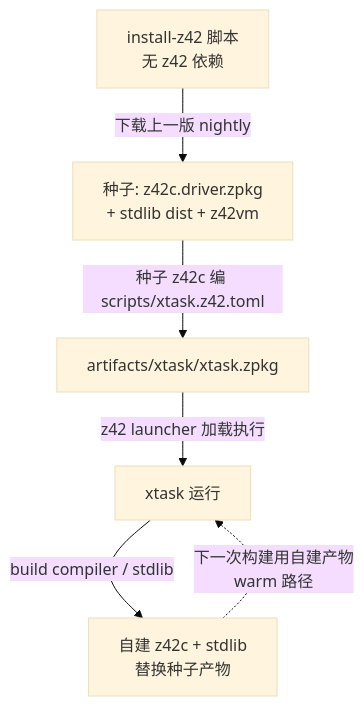
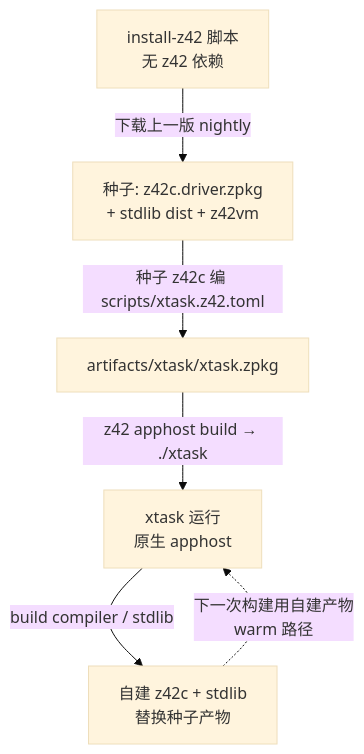
Before and after one commit to z42-lang/z42: the first of 2 diagrams in docs/book/src/dev/xtask.md, drawn with Mermaid (base theme). The commit also changed other lines of this file and 4 other files, not shown here.

First line of the commit message:
docs: xtask 调用形态统一为原生 apphost（xtask <cmd>）

````diff
--- a/docs/book/src/dev/xtask.md
+++ b/docs/book/src/dev/xtask.md
@@ -32,8 +32,8 @@
 ```mermaid
 graph TD
     A[install-z42 脚本<br/>无 z42 依赖] -->|下载上一版 nightly| B[种子: z42c.driver.zpkg<br/>+ stdlib dist + z42vm]
     B -->|种子 z42c 编 scripts/xtask.z42.toml| C[artifacts/xtask/xtask.zpkg]
-    C -->|z42 launcher 加载执行| D[xtask 运行]
+    C -->|z42 apphost build → ./xtask| D[xtask 运行<br/>原生 apphost]
     D -->|build compiler / stdlib| E[自建 z42c + stdlib<br/>替换种子产物]
     E -.->|下一次构建用自建产物<br/>warm 路径| D
 ```
````
